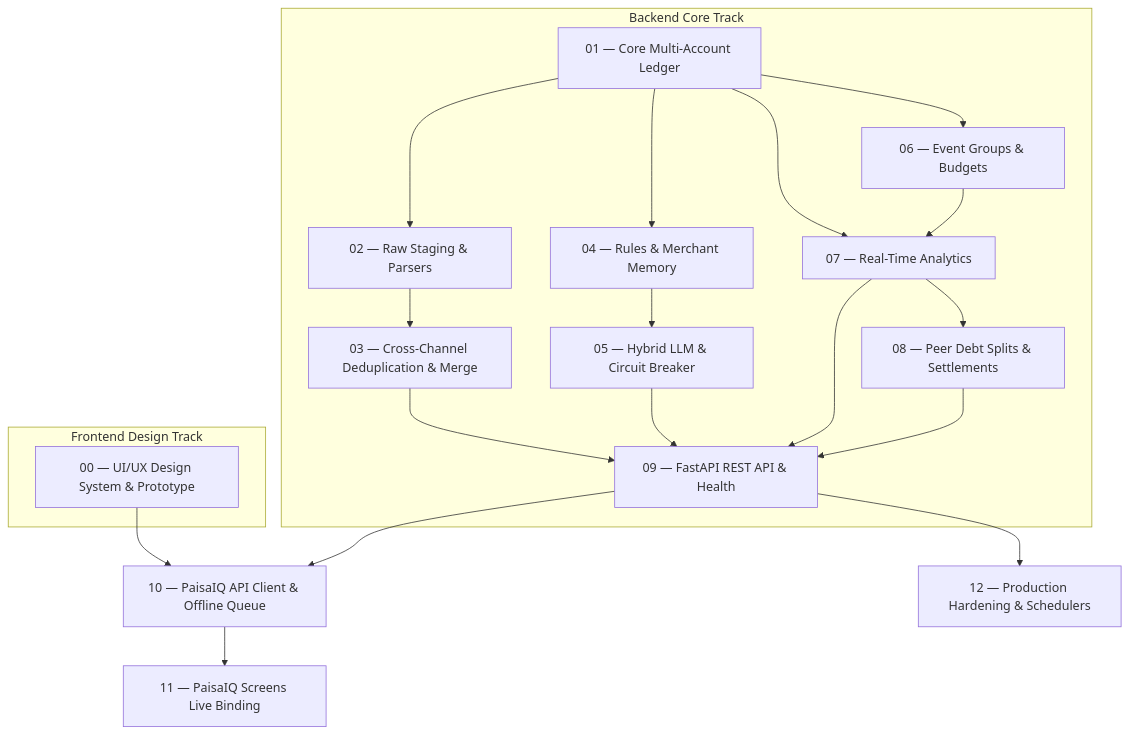
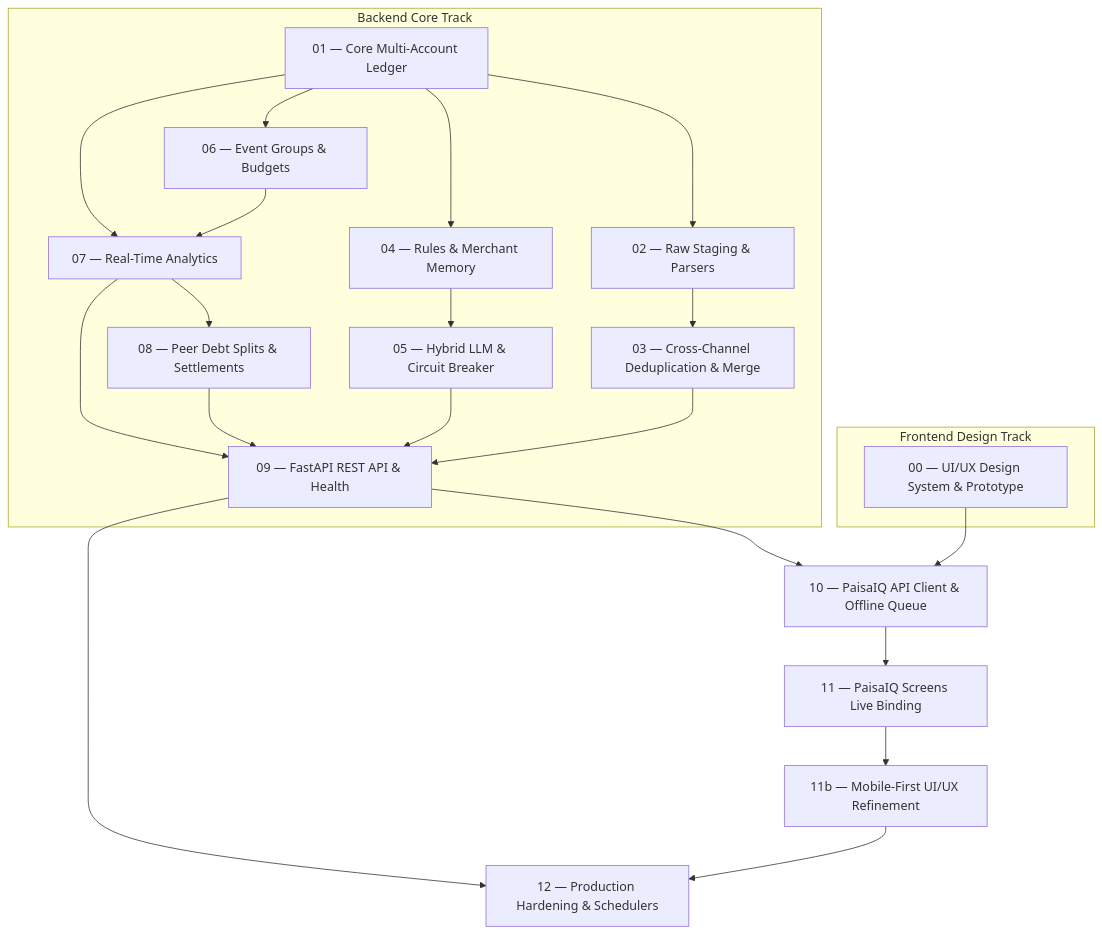
The diagram in docs/tickets/README.md (akkolluru/Expense-Tracker), drawn with Mermaid before and after one commit. The commit also changed other lines of this file and 4 other files, not shown here.

````diff
--- a/docs/tickets/README.md
+++ b/docs/tickets/README.md
@@ -9,29 +9,31 @@
 ```mermaid
 flowchart TD
     subgraph Frontend Design Track
         T00["00 — UI/UX Design System & Prototype"]
     end
 
     subgraph Backend Core Track
         T01["01 — Core Multi-Account Ledger"] --> T02["02 — Raw Staging & Parsers"]
         T01 --> T04["04 — Rules & Merchant Memory"]
         T01 --> T06["06 — Event Groups & Budgets"]
         T01 --> T07["07 — Real-Time Analytics"]
         
         T02 --> T03["03 — Cross-Channel Deduplication & Merge"]
         T04 --> T05["05 — Hybrid LLM & Circuit Breaker"]
         T06 --> T07
         T07 --> T08["08 — Peer Debt Splits & Settlements"]
         
         T03 --> T09["09 — FastAPI REST API & Health"]
         T05 --> T09
         T07 --> T09
         T08 --> T09
     end
     
     T00 --> T10["10 — PaisaIQ API Client & Offline Queue"]
     T09 --> T10
     T09 --> T12["12 — Production Hardening & Schedulers"]
     
     T10 --> T11["11 — PaisaIQ Screens Live Binding"]
+    T11 --> T11b["11b — Mobile-First UI/UX Refinement"]
+    T11b --> T12["12 — Production Hardening & Schedulers"]
 ```
````
